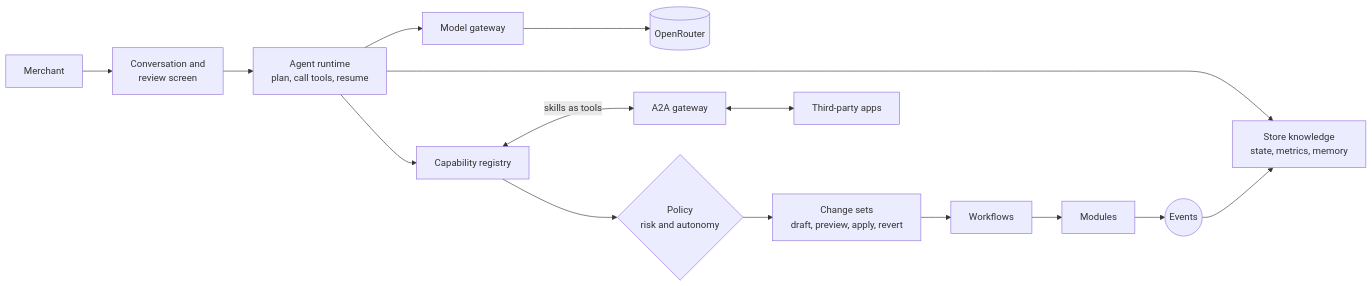
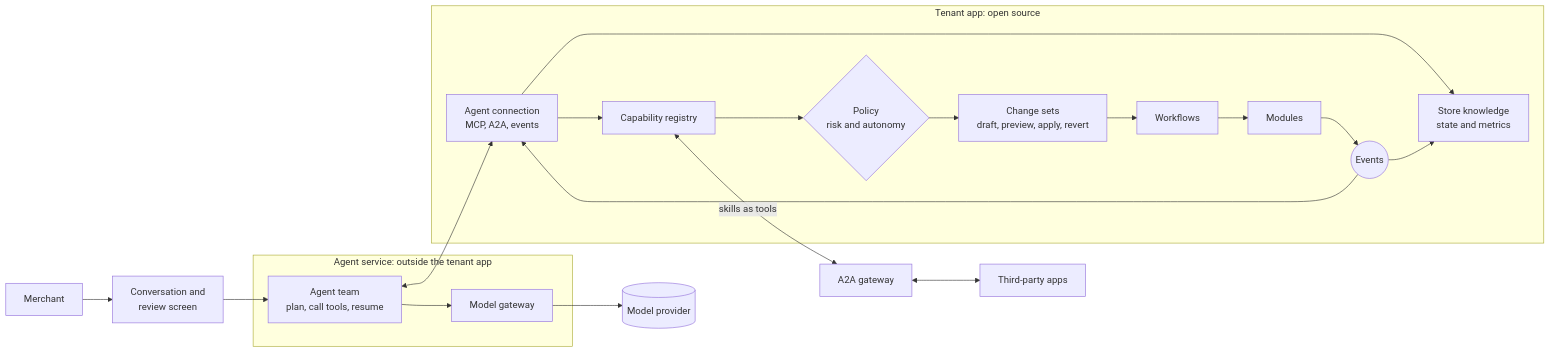
The second of 5 diagrams in docs/architecture/agent-design-part-1-core.md (the-market-org/the-market), drawn with Mermaid before and after one commit. The commit also changed other lines of this file, not shown here.

Commit message:
Move the agent team into a separate agent service in part 1

````diff
--- a/docs/architecture/agent-design-part-1-core.md
+++ b/docs/architecture/agent-design-part-1-core.md
@@ -46,17 +48,33 @@
 ```mermaid
 flowchart LR
     U[Merchant] --> CH[Conversation and<br/>review screen]
-    CH --> RT[Agent runtime<br/>plan, call tools, resume]
-    RT --> MG[Model gateway]
-    MG --> OR[(OpenRouter)]
-    RT --> CR[Capability registry]
-    RT --> KN[Store knowledge<br/>state, metrics, memory]
-    CR --> POL{Policy<br/>risk and autonomy}
-    POL --> CS[Change sets<br/>draft, preview, apply, revert]
-    CS --> WF[Workflows]
-    WF --> MOD[Modules]
-    MOD --> EV((Events))
-    EV --> KN
+    CH --> RT
+    subgraph AGS[Agent service: outside the tenant app]
+        RT[Agent team<br/>plan, call tools, resume]
+        MG[Model gateway]
+        RT --> MG
+    end
+    MG --> OR[(Model provider)]
+    subgraph TEN[Tenant app: open source]
+        IF[Agent connection<br/>MCP, A2A, events]
+        CR[Capability registry]
+        KN[Store knowledge<br/>state and metrics]
+        POL{Policy<br/>risk and autonomy}
+        CS[Change sets<br/>draft, preview, apply, revert]
+        WF[Workflows]
+        MOD[Modules]
+        EV((Events))
+        IF --> CR
+        IF --> KN
+        CR --> POL
+        POL --> CS
+        CS --> WF
+        WF --> MOD
+        MOD --> EV
+        EV --> KN
+        EV --> IF
+    end
+    RT <--> IF
     CR <-->|skills as tools| GW[A2A gateway]
     GW <--> APPS[Third-party apps]
 ```
````
